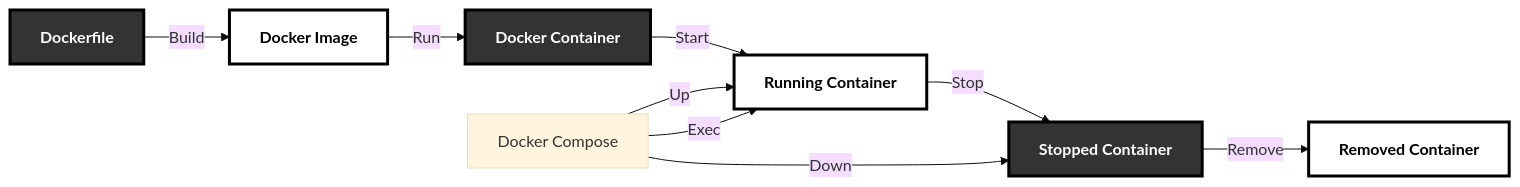
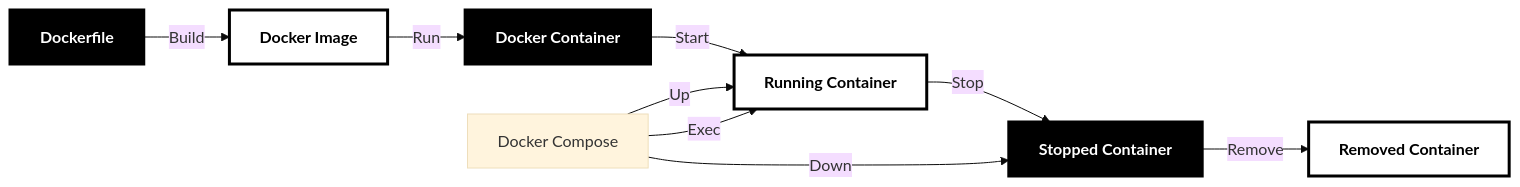
The third of 5 diagrams in An_LLM_Query_Understanding_Service/README.md (SoundMindsAI/ai_examples), drawn with Mermaid (base theme) before and after one commit. The commit also changed other lines of this file, not shown here.

Commit message:
Update Mermaid diagram styles and add subgraph classes for better visualization

````diff
--- a/An_LLM_Query_Understanding_Service/README.md
+++ b/An_LLM_Query_Understanding_Service/README.md
@@ -154,19 +163,19 @@
 ```mermaid
 graph LR
     Dockerfile[Dockerfile] -->|Build| DockerImage[Docker Image]
     DockerImage -->|Run| DockerContainer[Docker Container]
     DockerContainer -->|Start| RunningContainer[Running Container]
     RunningContainer -->|Stop| StoppedContainer[Stopped Container]
     StoppedContainer -->|Remove| RemovedContainer[Removed Container]
     
     DockerCompose[Docker Compose] -->|Up| RunningContainer
     DockerCompose -->|Down| StoppedContainer
     DockerCompose -->|Exec| RunningContainer
     
-    style Dockerfile fill:#333,stroke:#000,stroke-width:3px,color:#fff,font-weight:bold
-    style DockerImage fill:white,stroke:#000,stroke-width:3px,color:#000,font-weight:bold
-    style DockerContainer fill:#333,stroke:#000,stroke-width:3px,color:#fff,font-weight:bold
-    style RunningContainer fill:white,stroke:#000,stroke-width:3px,color:#000,font-weight:bold
-    style StoppedContainer fill:#333,stroke:#000,stroke-width:3px,color:#fff,font-weight:bold
-    style RemovedContainer fill:white,stroke:#000,stroke-width:3px,color:#000,font-weight:bold
+    style Dockerfile fill:black,stroke:black,stroke-width:3px,color:white,font-weight:bold
+    style DockerImage fill:white,stroke:black,stroke-width:3px,color:black,font-weight:bold
+    style DockerContainer fill:black,stroke:black,stroke-width:3px,color:white,font-weight:bold
+    style RunningContainer fill:white,stroke:black,stroke-width:3px,color:black,font-weight:bold
+    style StoppedContainer fill:black,stroke:black,stroke-width:3px,color:white,font-weight:bold
+    style RemovedContainer fill:white,stroke:black,stroke-width:3px,color:black,font-weight:bold
 ```
````
